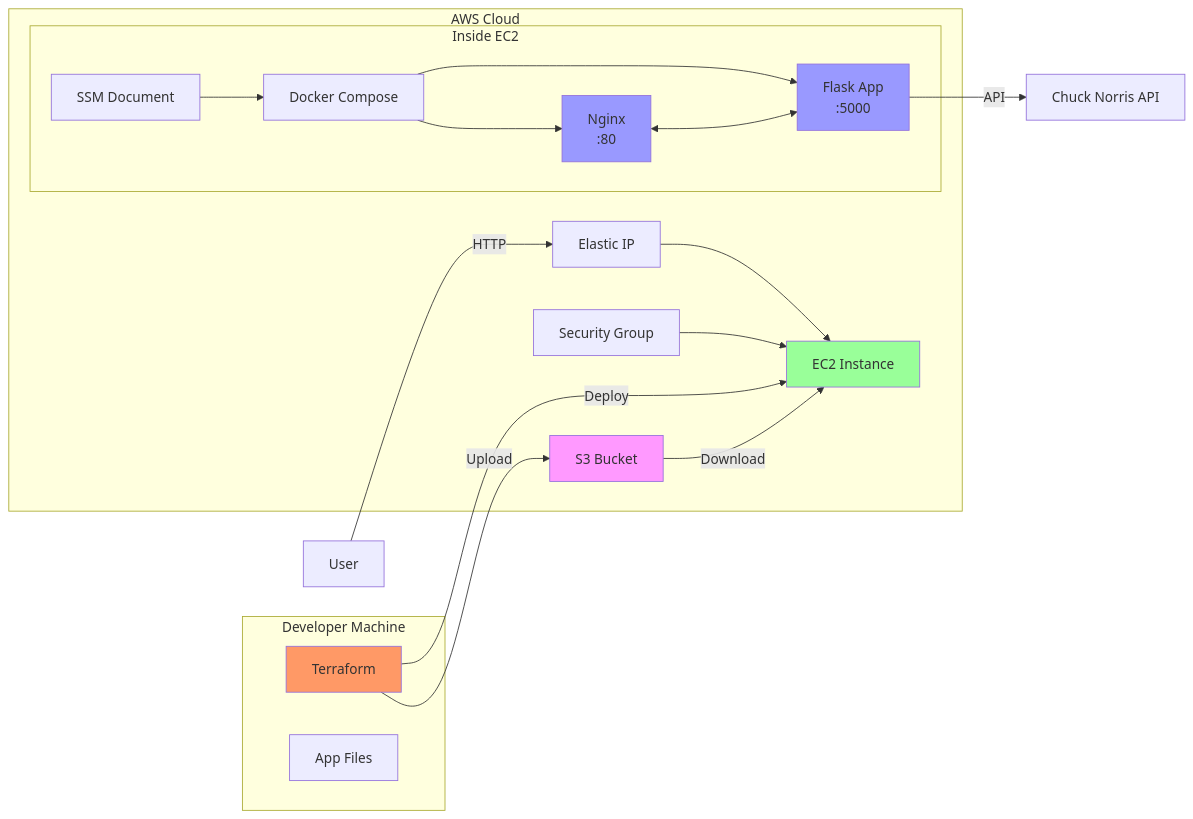
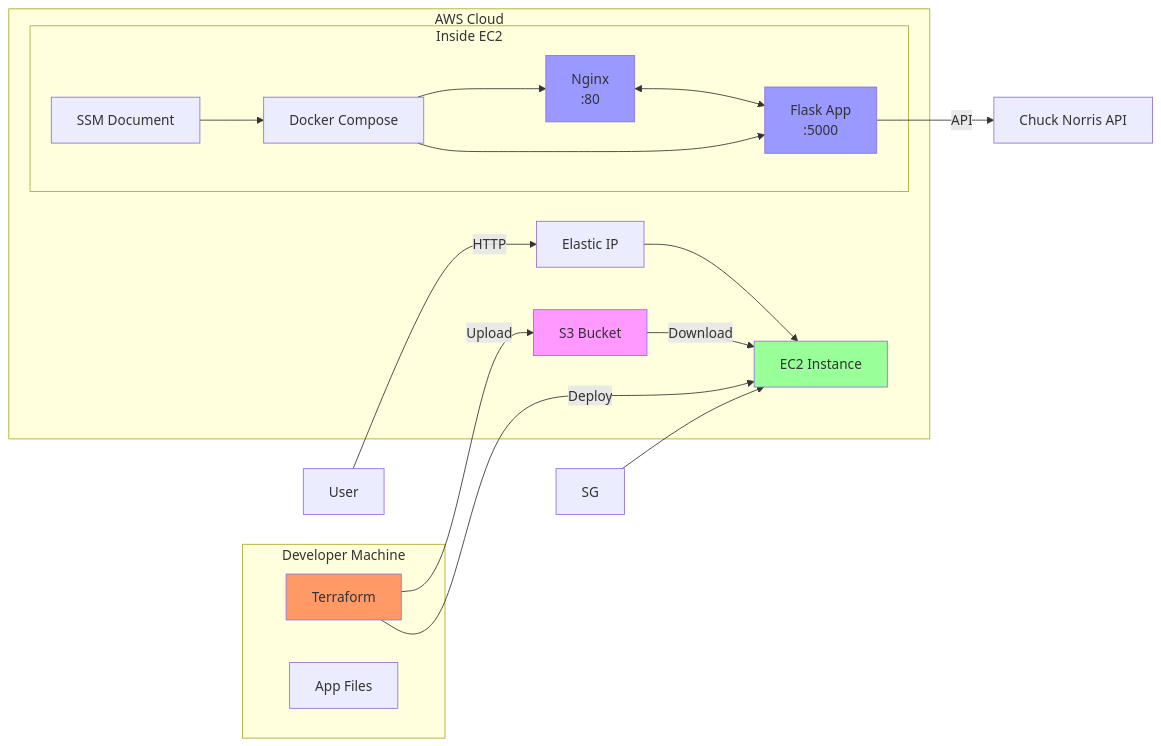
The diagram in README.md (ilham9649/chucknoris-jokes), drawn with Mermaid before and after one commit.

Commit message:
fix: remove sg from diagram

````diff
--- a/README.md
+++ b/README.md
@@ -18,39 +18,38 @@
 ```mermaid
 graph LR
     subgraph Local["Developer Machine"]
         TF[Terraform]
         APP[App Files]
     end
 
     subgraph AWS["AWS Cloud"]
         S3[S3 Bucket]
-        SG[Security Group]
         EIP[Elastic IP]
         EC2[EC2 Instance]
         
         subgraph EC2_INSIDE["Inside EC2"]
             SSM[SSM Document]
             DOCKER[Docker Compose]
             NGINX[Nginx<br/>:80]
             FLASK[Flask App<br/>:5000]
         end
     end
 
     USER[User] -->|HTTP| EIP
     EIP --> EC2
     SG --> EC2
     TF -->|Upload| S3
     TF -->|Deploy| EC2
     S3 -->|Download| EC2
     SSM --> DOCKER
     DOCKER --> NGINX
     DOCKER --> FLASK
     NGINX <--> FLASK
     FLASK -->|API| API[Chuck Norris API]
 
     style TF fill:#f96
     style S3 fill:#f9f
     style EC2 fill:#9f9
     style NGINX fill:#99f
     style FLASK fill:#99f
 ```
````
